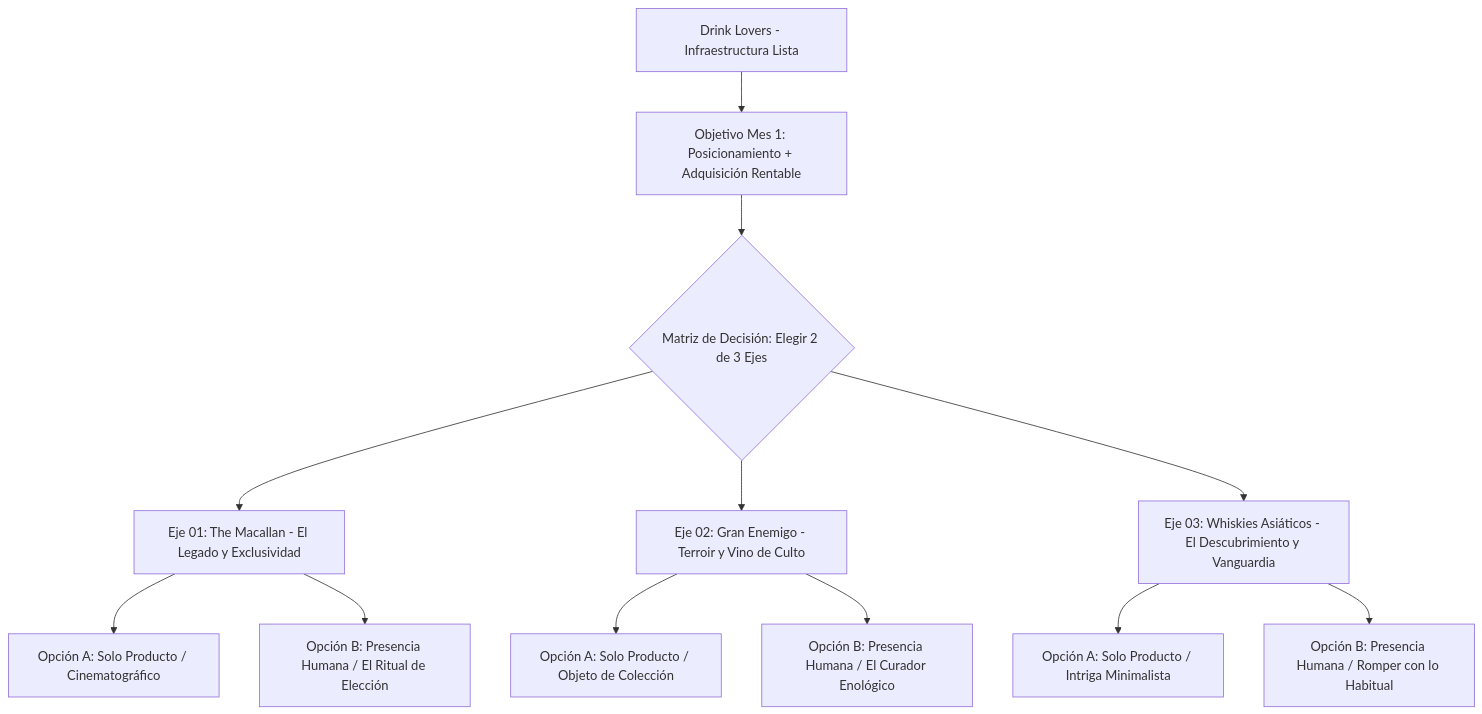
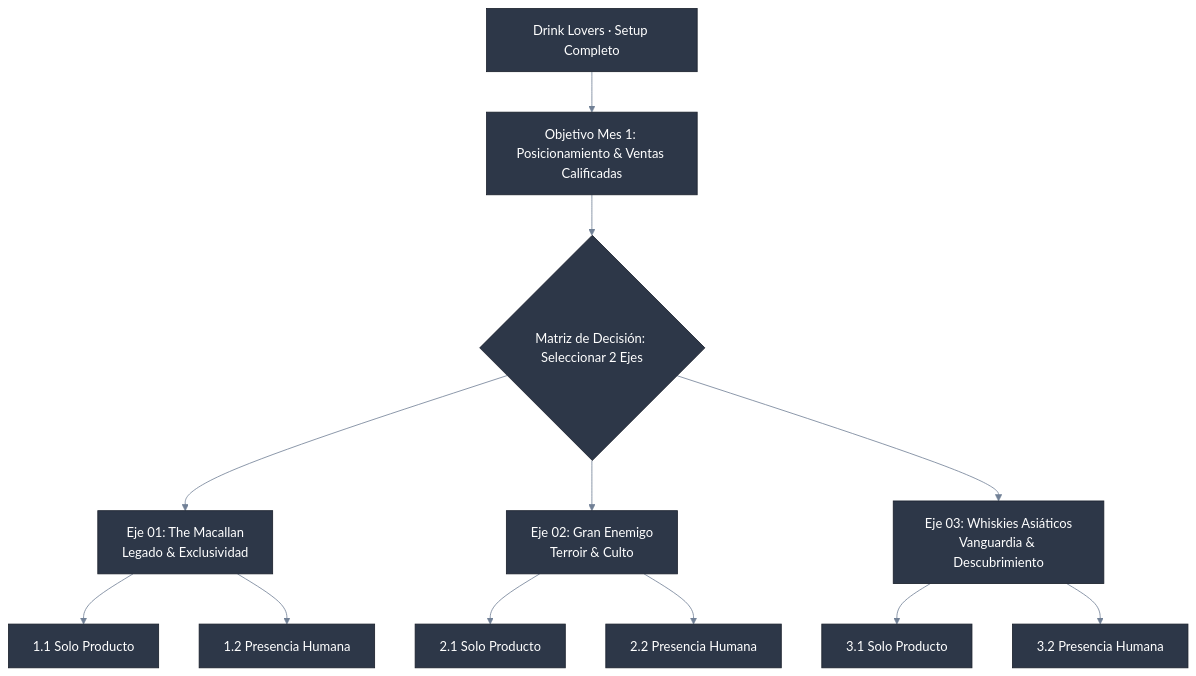
The first of 8 diagrams in releases/drinklovers/PROPUESTA_MES_1_META_ADS.md (jsrxar77/mo-baseline), drawn with Mermaid before and after one commit. The commit also changed other lines of this file, not shown here.

Commit message:
style(docs): polish mermaid diagrams formatting in drinklovers proposal

````diff
--- a/releases/drinklovers/PROPUESTA_MES_1_META_ADS.md
+++ b/releases/drinklovers/PROPUESTA_MES_1_META_ADS.md
@@ -20,18 +20,19 @@
 ```mermaid
+%%{init: {'theme': 'base', 'themeVariables': { 'primaryColor': '#2D3748', 'primaryTextColor': '#FFFFFF', 'primaryBorderColor': '#1A202C', 'lineColor': '#718096', 'secondaryColor': '#4A5568', 'tertiaryColor': '#F7FAFC' }}}%%
 graph TD
-    DL[Drink Lovers - Infraestructura Lista] --> OBJ[Objetivo Mes 1: Posicionamiento + Adquisición Rentable]
-    OBJ --> DECISION{Matriz de Decisión: Elegir 2 de 3 Ejes}
+    DL["Drink Lovers · Setup Completo"] --> OBJ["Objetivo Mes 1: Posicionamiento & Ventas Calificadas"]
+    OBJ --> DECISION{"Matriz de Decisión: Seleccionar 2 Ejes"}
     
-    DECISION --> EJE1[Eje 01: The Macallan - El Legado y Exclusividad]
-    DECISION --> EJE2[Eje 02: Gran Enemigo - Terroir y Vino de Culto]
-    DECISION --> EJE3[Eje 03: Whiskies Asiáticos - El Descubrimiento y Vanguardia]
+    DECISION --> EJE1["Eje 01: The Macallan<br/>Legado & Exclusividad"]
+    DECISION --> EJE2["Eje 02: Gran Enemigo<br/>Terroir & Culto"]
+    DECISION --> EJE3["Eje 03: Whiskies Asiáticos<br/>Vanguardia & Descubrimiento"]
     
-    EJE1 --> E1_1[Opción A: Solo Producto / Cinematográfico]
-    EJE1 --> E1_2[Opción B: Presencia Humana / El Ritual de Elección]
+    EJE1 --> E1_1["1.1 Solo Producto"]
+    EJE1 --> E1_2["1.2 Presencia Humana"]
     
-    EJE2 --> E2_1[Opción A: Solo Producto / Objeto de Colección]
-    EJE2 --> E2_2[Opción B: Presencia Humana / El Curador Enológico]
+    EJE2 --> E2_1["2.1 Solo Producto"]
+    EJE2 --> E2_2["2.2 Presencia Humana"]
     
-    EJE3 --> E3_1[Opción A: Solo Producto / Intriga Minimalista]
-    EJE3 --> E3_2[Opción B: Presencia Humana / Romper con lo Habitual]
+    EJE3 --> E3_1["3.1 Solo Producto"]
+    EJE3 --> E3_2["3.2 Presencia Humana"]
 ```
````
